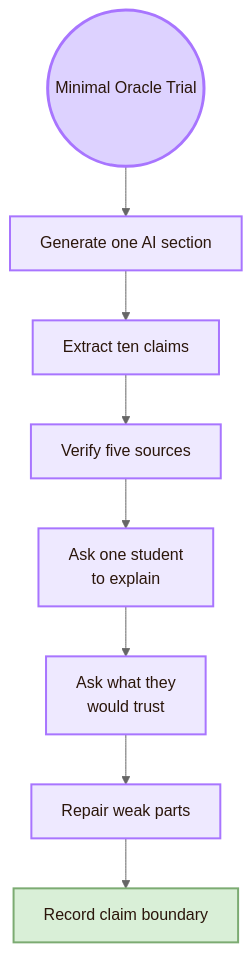
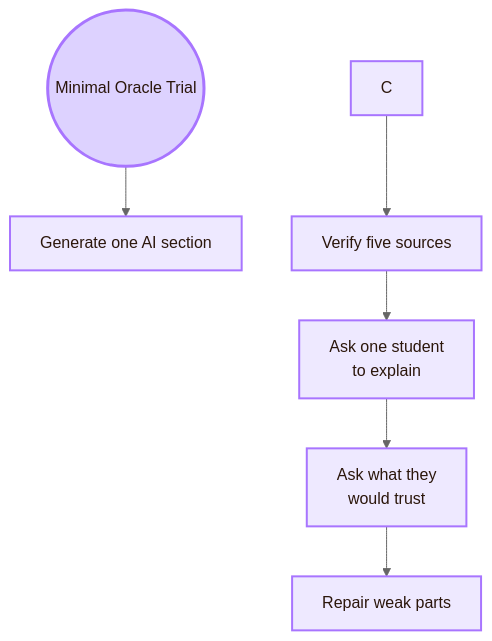
One commit to andreitegzes06-ui/CogniShire changed diagram 11 of 13 in 01_Core_Area_HCI/001_Subareas/05_Human_AI_Interaction/Overview.md. Above: the diagram before and after it, drawn with Mermaid (neutral theme). The commit also changed other lines of this file and 131 other files, not shown here.

````diff
--- a/01_Core_Area_HCI/001_Subareas/05_Human_AI_Interaction/Overview.md
+++ b/01_Core_Area_HCI/001_Subareas/05_Human_AI_Interaction/Overview.md
@@ -444,20 +424,18 @@
 ```mermaid
 flowchart TB
     A((Minimal Oracle Trial))
 
     A --> B[Generate one AI section]
-    B --> C[Extract ten claims]
     C --> D[Verify five sources]
     D --> E[Ask one student<br/>to explain]
     E --> F[Ask what they<br/>would trust]
     F --> G[Repair weak parts]
-    G --> H[Record claim boundary]
 
     classDef center fill:#ddd2ff,stroke:#a875ff,color:#2b160b,stroke-width:3px;
     classDef node fill:#eee9ff,stroke:#a875ff,color:#2b160b,stroke-width:2px;
     classDef final fill:#d9efd7,stroke:#7cab72,color:#2b160b,stroke-width:2px;
 
     class A center;
     class B,C,D,E,F,G node;
     class H final;
 ```
````
